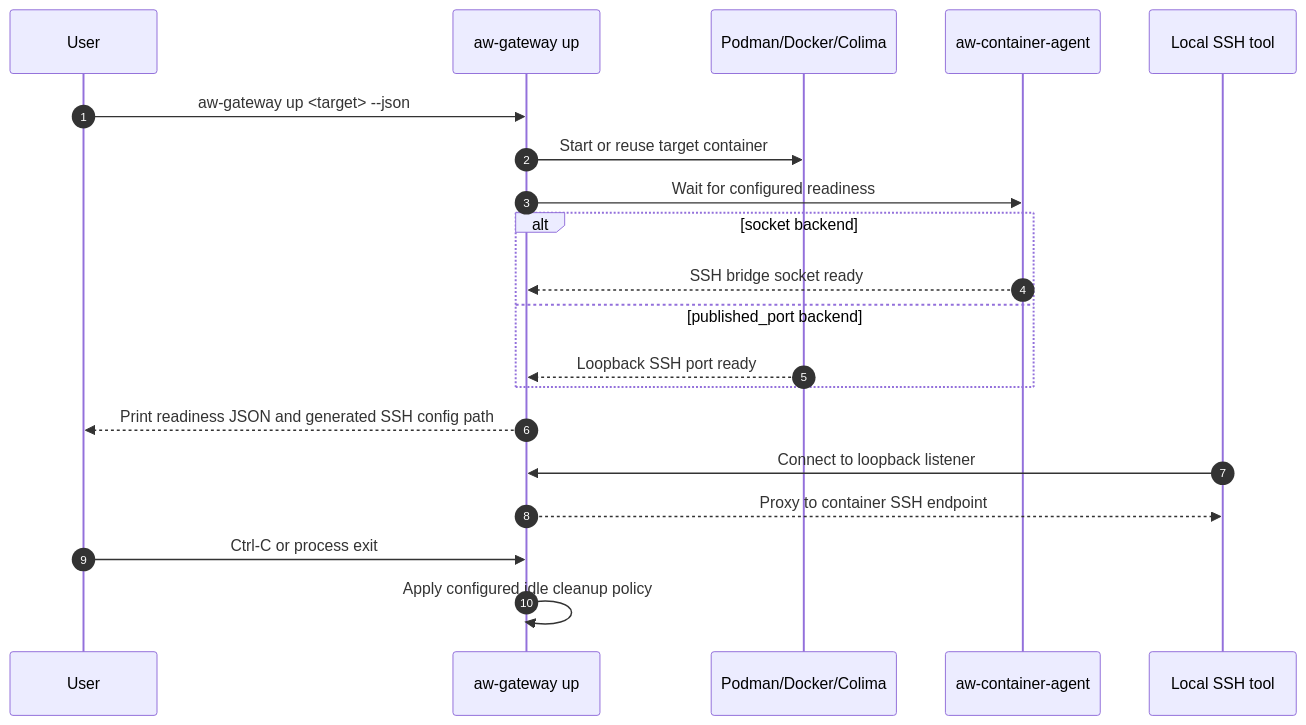
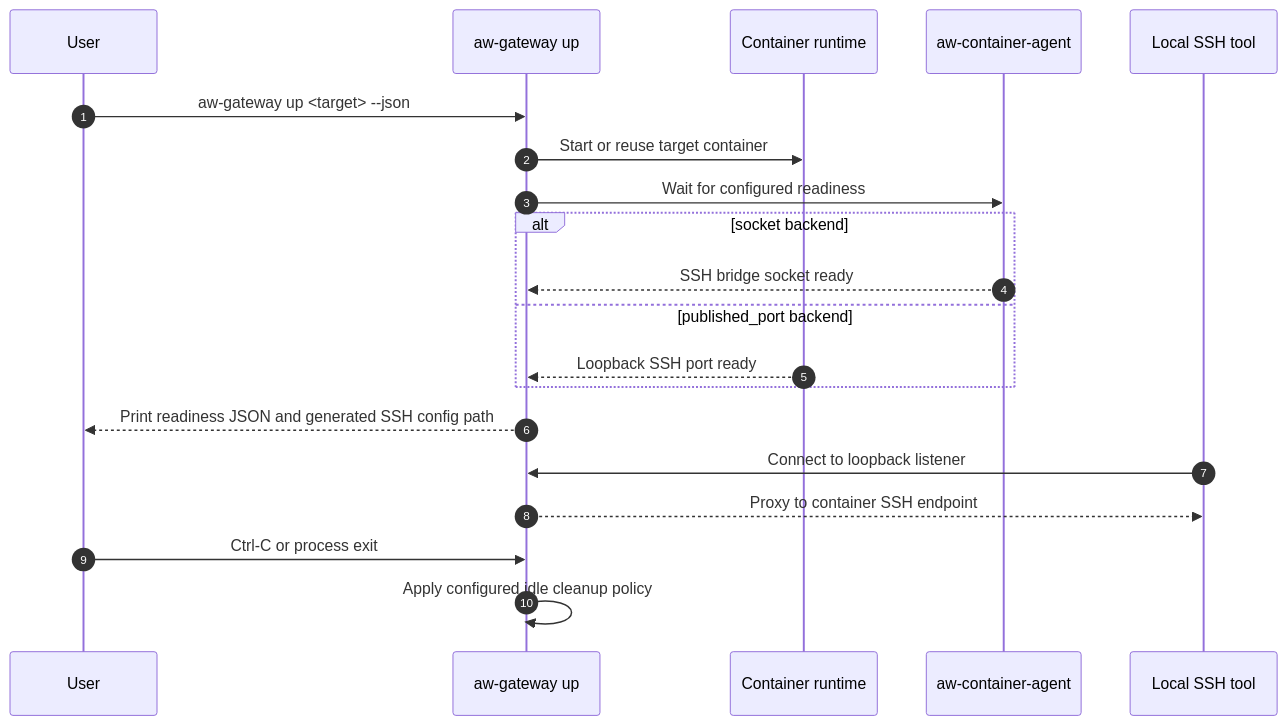
Before and after one commit to kcosr/aw-gateway: the eighth of 8 diagrams in README.md, drawn with Mermaid. The commit also changed other lines of this file and 3 other files, not shown here.

````diff
--- a/README.md
+++ b/README.md
@@ -2020,23 +2027,23 @@
 ```mermaid
 sequenceDiagram
     autonumber
     participant U as User
     participant G as aw-gateway up
-    participant R as Podman/Docker/Colima
+    participant R as Container runtime
     participant A as aw-container-agent
     participant T as Local SSH tool
 
     U->>G: aw-gateway up <target> --json
     G->>R: Start or reuse target container
     G->>A: Wait for configured readiness
     alt socket backend
         A-->>G: SSH bridge socket ready
     else published_port backend
         R-->>G: Loopback SSH port ready
     end
     G-->>U: Print readiness JSON and generated SSH config path
     T->>G: Connect to loopback listener
     G-->>T: Proxy to container SSH endpoint
     U->>G: Ctrl-C or process exit
     G->>G: Apply configured idle cleanup policy
 ```
````
